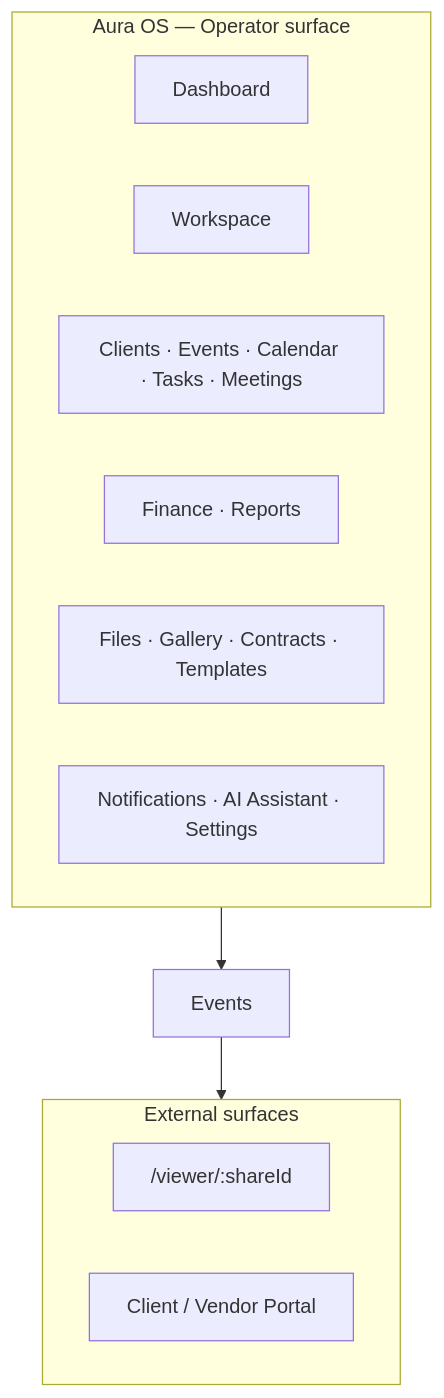
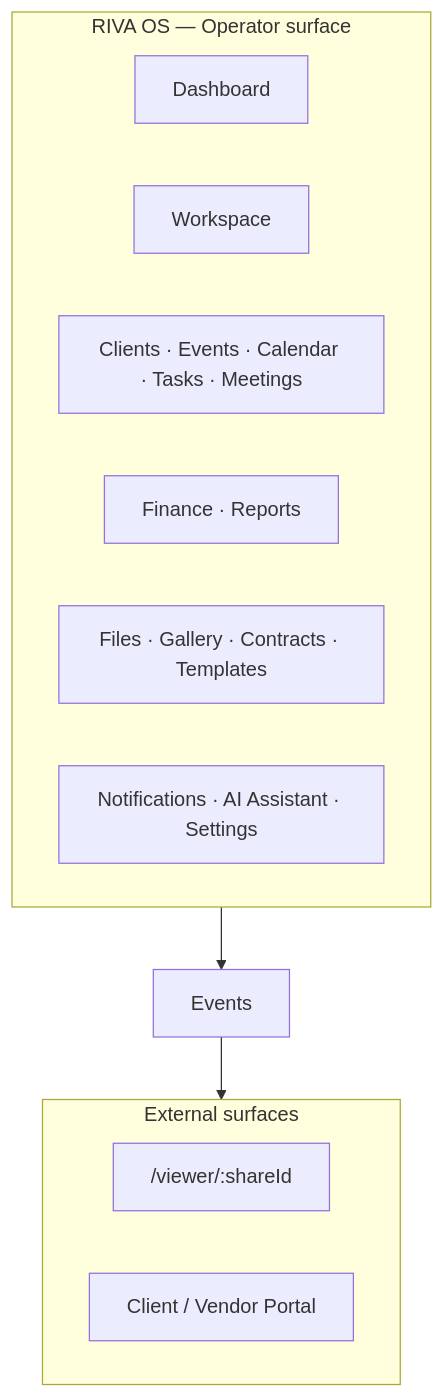
Before and after one commit to raviusl/aura-os: the first of 4 diagrams in docs/PRODUCT_BLUEPRINT.md, drawn with Mermaid. The commit also changed other lines of this file and 25 other files, not shown here.

````diff
--- a/docs/PRODUCT_BLUEPRINT.md
+++ b/docs/PRODUCT_BLUEPRINT.md
@@ -23,19 +23,19 @@
 ```mermaid
 flowchart TB
-  subgraph OS["Aura OS — Operator surface"]
+  subgraph OS["RIVA OS — Operator surface"]
     Dash[Dashboard]
     WS[Workspace]
     Ops[Clients · Events · Calendar · Tasks · Meetings]
     Money[Finance · Reports]
     Assets[Files · Gallery · Contracts · Templates]
     Intel[Notifications · AI Assistant · Settings]
   end
 
   subgraph External["External surfaces"]
     Viewer["/viewer/:shareId"]
     Portal[Client / Vendor Portal]
   end
 
   OS --> Events
   Events --> External
 ```
````
